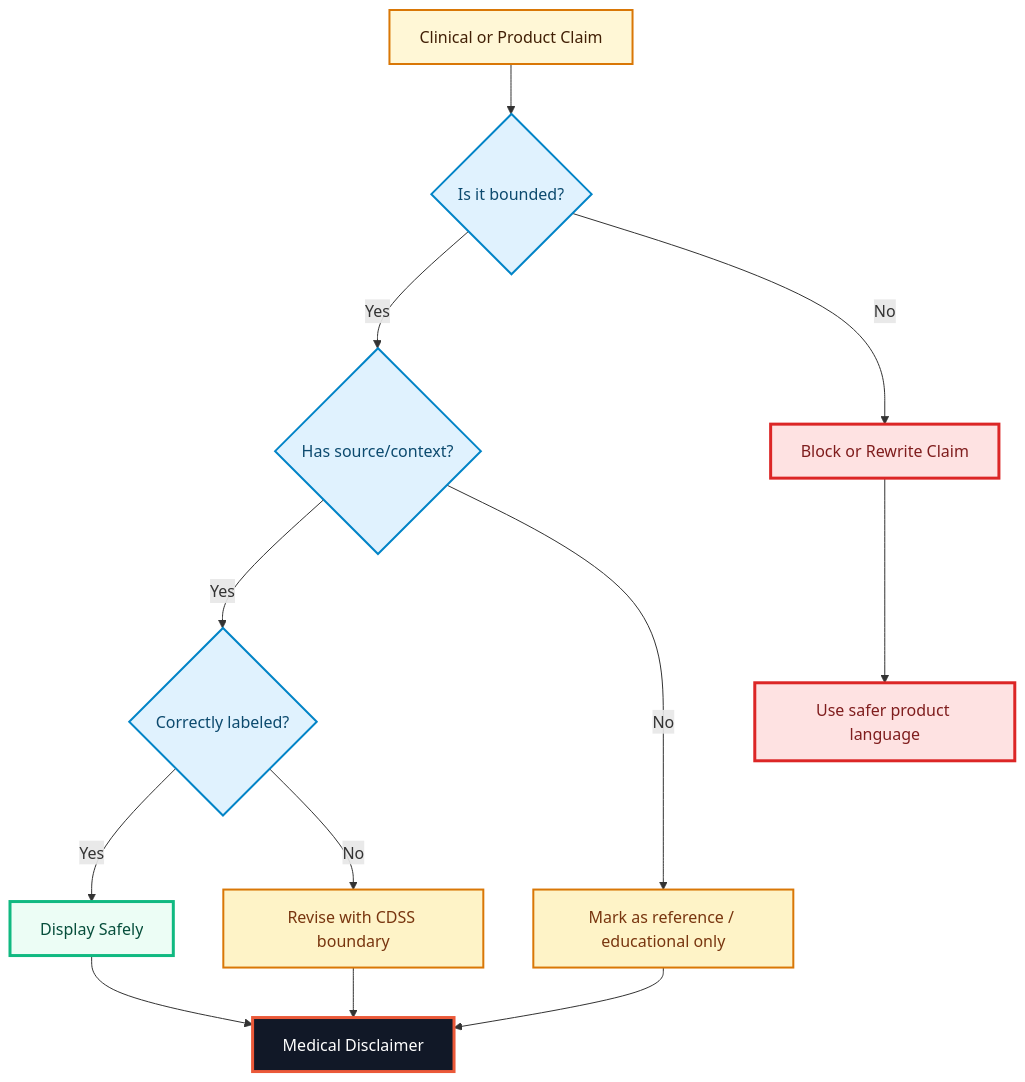
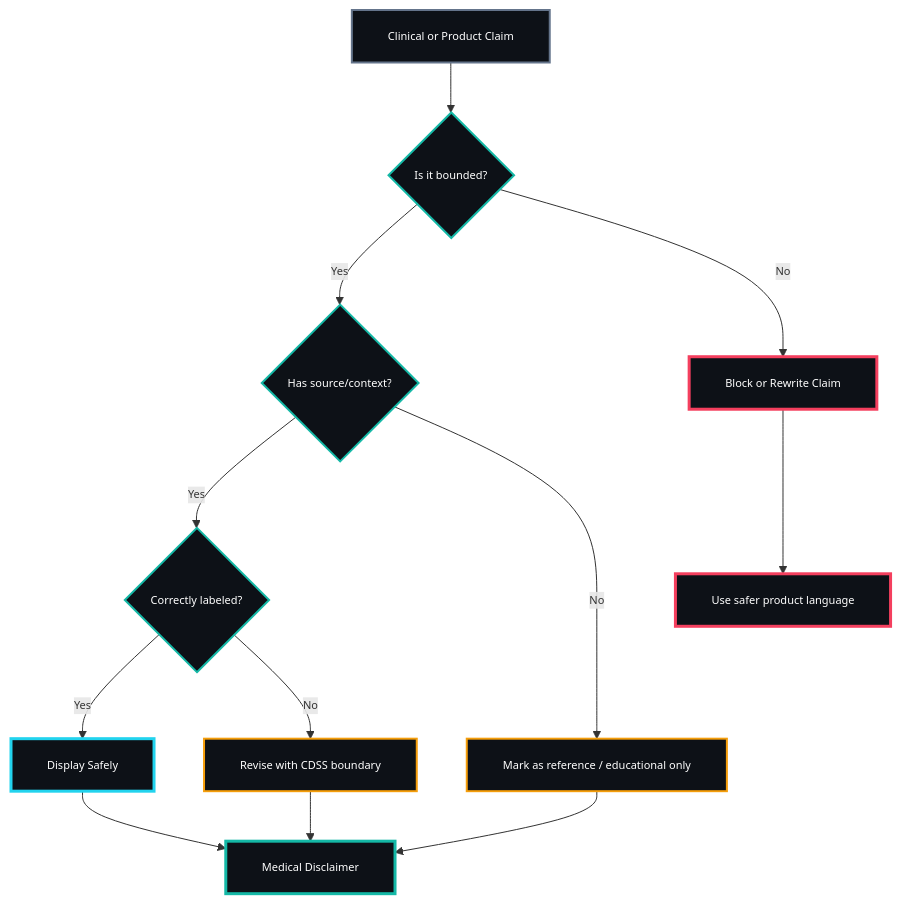
The sixth of 9 diagrams in README.md (drferdi/Sentraverse), drawn with Mermaid before and after one commit. The commit also changed other lines of this file, not shown here.

````diff
--- a/README.md
+++ b/README.md
@@ -399,31 +437,32 @@
 ```mermaid
+%%{init: {"flowchart": {"padding": 18}, "themeVariables": {"fontFamily": "monospace", "fontSize": "11px"}}}%%
 flowchart TD
     Claim["Clinical or Product Claim"] --> Check{"Is it bounded?"}
     Check -->|Yes| Source{"Has source/context?"}
     Check -->|No| Block["Block or Rewrite Claim"]
 
     Source -->|Yes| Label{"Correctly labeled?"}
     Source -->|No| Caution["Mark as reference / educational only"]
 
     Label -->|Yes| Display["Display Safely"]
     Label -->|No| Revise["Revise with CDSS boundary"]
 
     Display --> Disclaimer["Medical Disclaimer"]
     Caution --> Disclaimer
     Revise --> Disclaimer
     Block --> SafeCopy["Use safer product language"]
 
-    classDef claim fill:#FFF7D6,stroke:#D97706,color:#422006,stroke-width:2px;
-    classDef check fill:#E0F2FE,stroke:#0284C7,color:#0C4A6E,stroke-width:2px;
-    classDef safe fill:#ECFDF5,stroke:#10B981,color:#064E3B,stroke-width:3px;
-    classDef warn fill:#FEF3C7,stroke:#D97706,color:#78350F,stroke-width:2px;
-    classDef block fill:#FEE2E2,stroke:#DC2626,color:#7F1D1D,stroke-width:3px;
-    classDef disclaimer fill:#111827,stroke:#EB5939,color:#FFFFFF,stroke-width:3px;
+    classDef claim fill:#0D1117,stroke:#64748B,color:#FFFFFF,stroke-width:2px;
+    classDef check fill:#0D1117,stroke:#14B8A6,color:#FFFFFF,stroke-width:2px;
+    classDef safe fill:#0D1117,stroke:#22D3EE,color:#FFFFFF,stroke-width:3px;
+    classDef warn fill:#0D1117,stroke:#F59E0B,color:#FFFFFF,stroke-width:2px;
+    classDef block fill:#0D1117,stroke:#F43F5E,color:#FFFFFF,stroke-width:3px;
+    classDef disclaimer fill:#0D1117,stroke:#14B8A6,color:#FFFFFF,stroke-width:3px;
 
     class Claim claim;
     class Check,Source,Label check;
     class Display safe;
     class Caution,Revise warn;
     class Block,SafeCopy block;
     class Disclaimer disclaimer;
 ```
````
